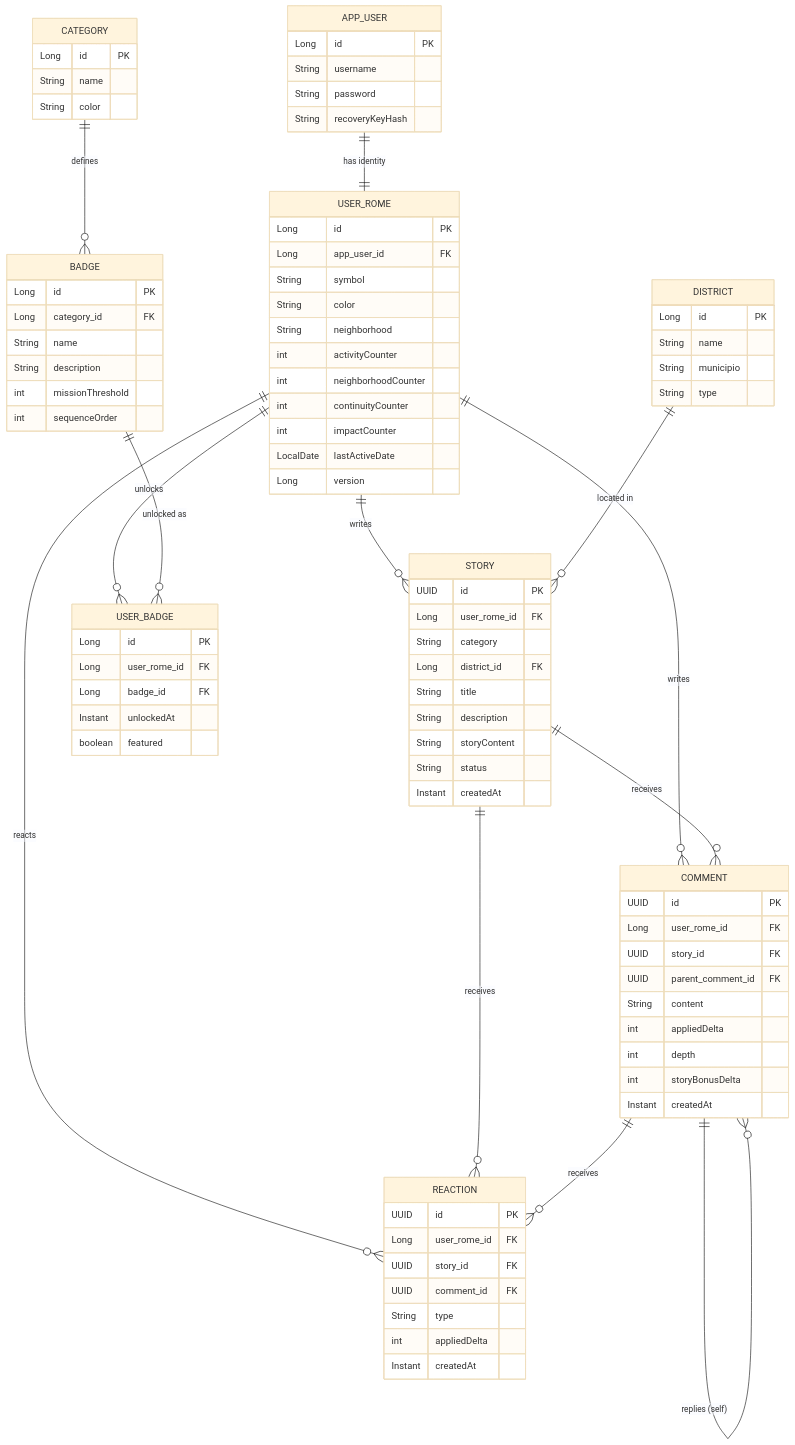
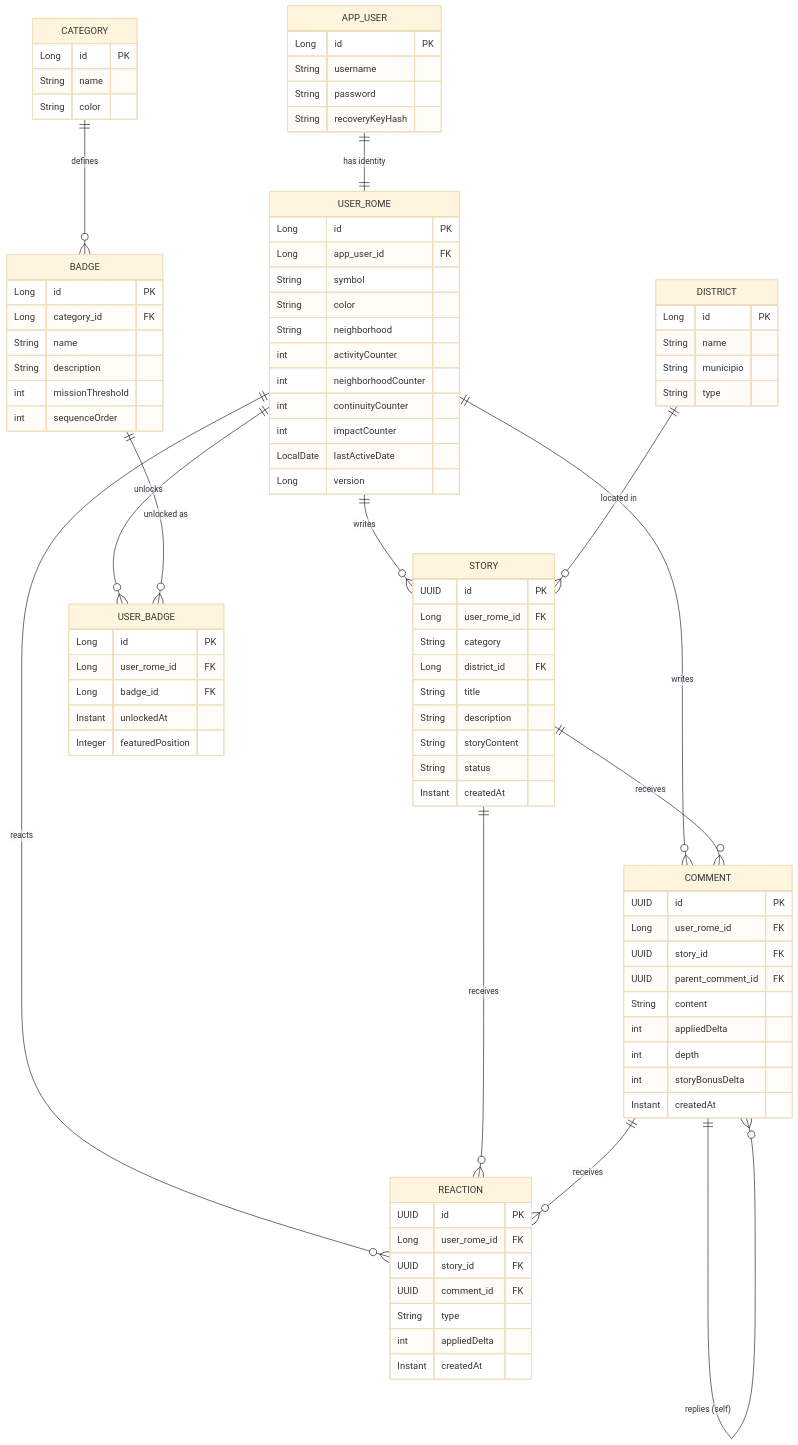
One commit to andreaDevelope/City-Voice-API changed the diagram in docs/02-scoring-and-badges.md. Above: the diagram before and after it, drawn with Mermaid (base theme). The commit also changed other lines of this file and 4 other files, not shown here.

````diff
--- a/docs/02-scoring-and-badges.md
+++ b/docs/02-scoring-and-badges.md
@@ -183,6 +189,6 @@
         Long user_rome_id FK
         Long badge_id FK
         Instant unlockedAt
-        boolean featured
+        Integer featuredPosition
     }
 ```
````
